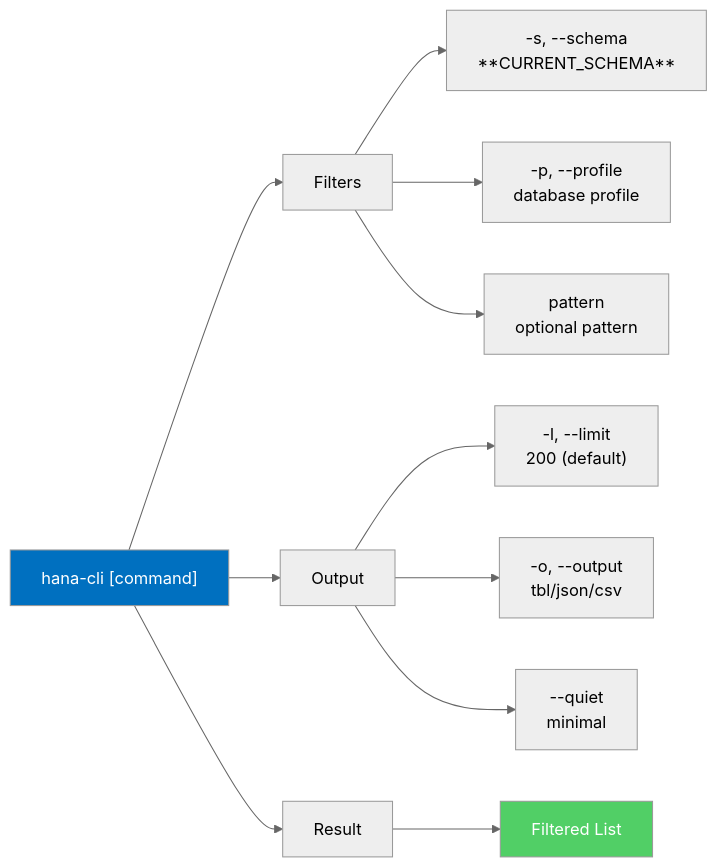
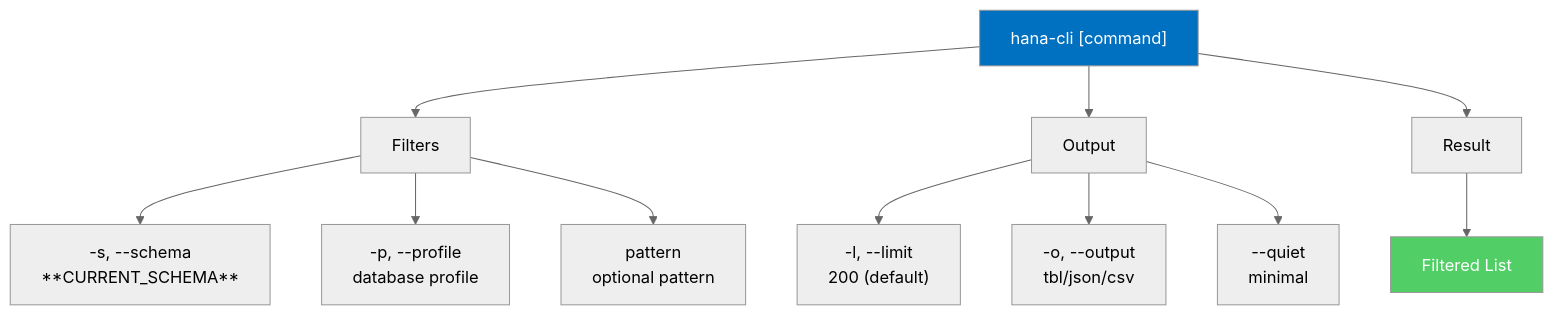
One commit to SAP-samples/hana-developer-cli-tool-example changed diagram 23 of 26 in docs/99-reference/command-reference.md. Above: the diagram before and after it, drawn with Mermaid (neutral theme). The commit also changed other lines of this file and 14 other files, not shown here.

Commit message:
feat: Enhance documentation with Mermaid diagrams for analysis tools; update command structures and styling

````diff
--- a/docs/99-reference/command-reference.md
+++ b/docs/99-reference/command-reference.md
@@ -876,18 +876,18 @@
 ```mermaid
-graph LR
+graph TB
     A["hana-cli [command]"] --> B["Filters"]
     B --> B1["-s, --schema<br/>**CURRENT_SCHEMA**"]
     B --> B2["-p, --profile<br/>database profile"]
     B --> B3["pattern<br/>optional pattern"]
     
     A --> C["Output"]
     C --> C1["-l, --limit<br/>200 (default)"]
     C --> C2["-o, --output<br/>tbl/json/csv"]
     C --> C3["--quiet<br/>minimal"]
     
     A --> D["Result"]
     D --> E["Filtered List"]
     
     style A fill:#0070C0,color:#fff
     style E fill:#51CF66,color:#fff
 ```
````
